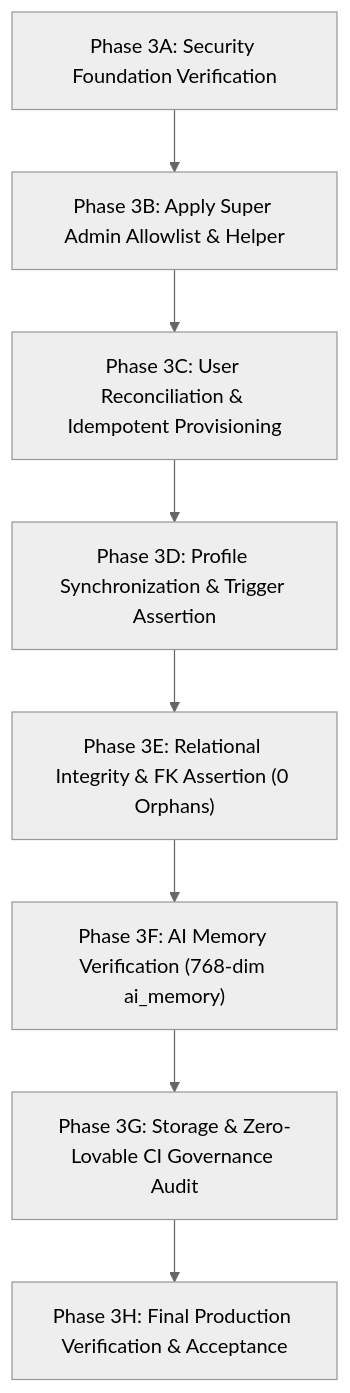
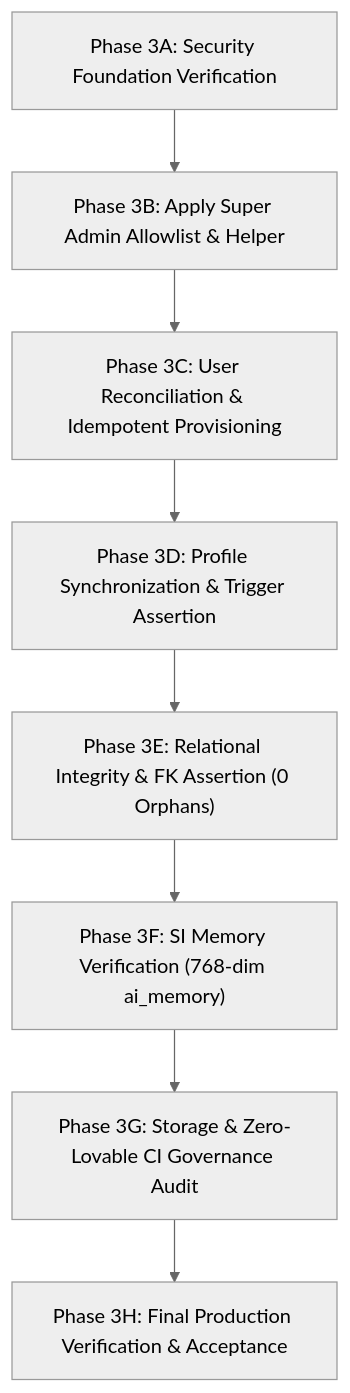
One commit to superapp124-cloud/busineess-os- changed the diagram in PRE_EXECUTION_PLAN.md. Above: the diagram before and after it, drawn with Mermaid (neutral theme). The commit also changed other lines of this file and 1484 other files, not shown here.

````diff
--- a/PRE_EXECUTION_PLAN.md
+++ b/PRE_EXECUTION_PLAN.md
@@ -36,10 +36,10 @@
 ```mermaid
 graph TD
     A["Phase 3A: Security Foundation Verification"] --> B["Phase 3B: Apply Super Admin Allowlist & Helper"]
     B --> C["Phase 3C: User Reconciliation & Idempotent Provisioning"]
     C --> D["Phase 3D: Profile Synchronization & Trigger Assertion"]
     D --> E["Phase 3E: Relational Integrity & FK Assertion (0 Orphans)"]
-    E --> F["Phase 3F: AI Memory Verification (768-dim ai_memory)"]
+    E --> F["Phase 3F: SI Memory Verification (768-dim ai_memory)"]
     F --> G["Phase 3G: Storage & Zero-Lovable CI Governance Audit"]
     G --> H["Phase 3H: Final Production Verification & Acceptance"]
 ```
````
